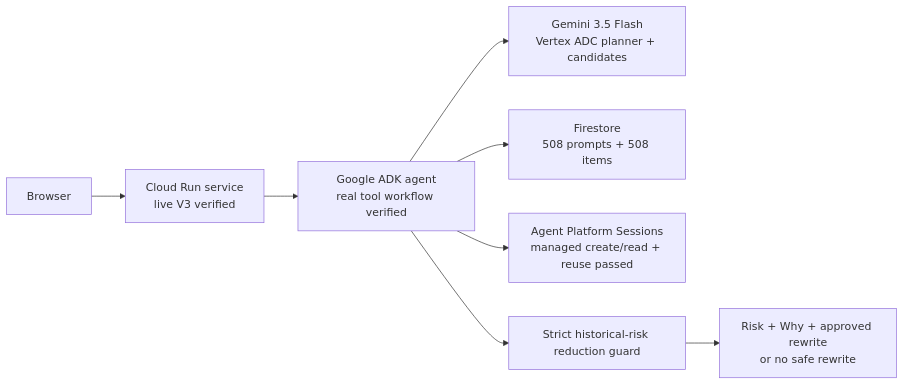
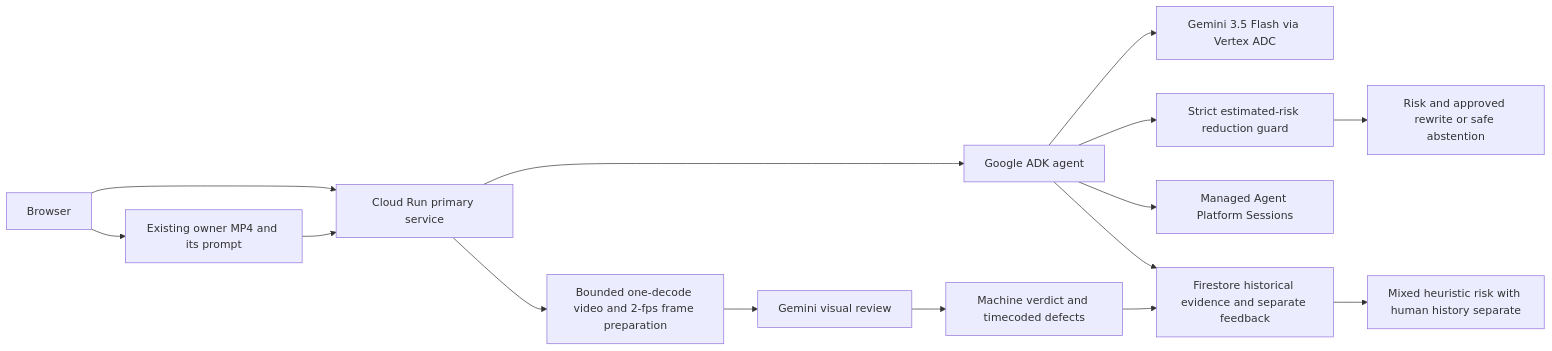
Before and after one commit to testofschool/preflight: the diagram in README.md, drawn with Mermaid. The commit also changed other lines of this file and 72 other files, not shown here.

````diff
--- a/README.md
+++ b/README.md
@@ -40,10 +40,17 @@
 ```mermaid
 flowchart LR
-    Browser --> Run[Cloud Run service\nlive V3 verified]
-    Run --> Agent[Google ADK agent\nreal tool workflow verified]
-    Agent --> Gemini[Gemini 3.5 Flash\nVertex ADC planner + candidates]
-    Agent --> Store[Firestore\n508 prompts + 508 items]
-    Agent --> Sessions[Agent Platform Sessions\nmanaged create/read + reuse passed]
-    Agent --> Guard[Strict historical-risk reduction guard]
-    Guard --> Result[Risk + Why + approved rewrite\nor no safe rewrite]
+    Browser --> Run[Cloud Run primary service]
+    Run --> Agent[Google ADK agent]
+    Agent --> Gemini[Gemini 3.5 Flash via Vertex ADC]
+    Agent --> Store[Firestore historical evidence and separate feedback]
+    Agent --> Sessions[Managed Agent Platform Sessions]
+    Agent --> Guard[Strict estimated-risk reduction guard]
+    Guard --> Result[Risk and approved rewrite or safe abstention]
+    Browser --> Upload[Existing owner MP4 and its prompt]
+    Upload --> Run
+    Run --> Decode[Bounded one-decode video and 2-fps frame preparation]
+    Decode --> Review[Gemini visual review]
+    Review --> Verdict[Machine verdict and timecoded defects]
+    Verdict --> Store
+    Store --> Feedback[Mixed heuristic risk with human history separate]
 ```
````
